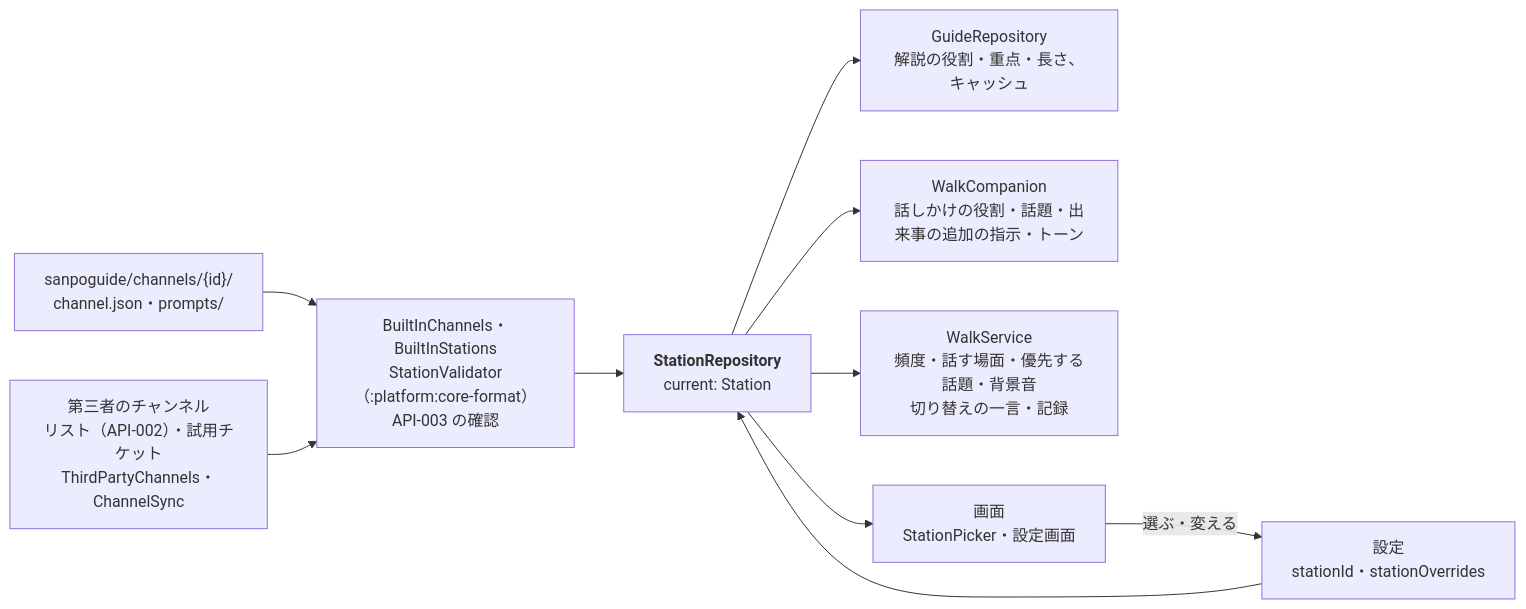
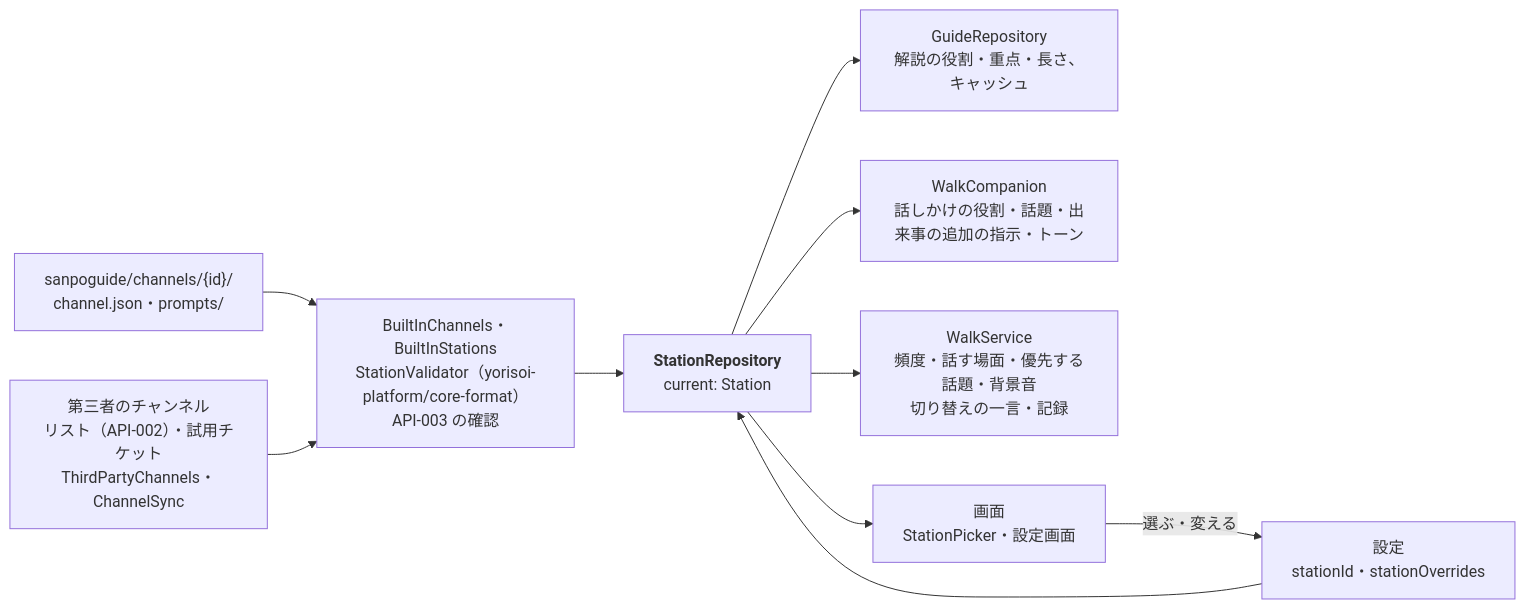
The seventh of 8 diagrams in docs/architecture.md (duwenji/yorisoi-sanpoguide), drawn with Mermaid before and after one commit. The commit also changed other lines of this file and 258 other files, not shown here.

First line of the commit message:
build: yorisoi-platform を公開の版で使い、SanpoGuide だけのリポジトリにする（RFC-004 手順 2）

````diff
--- a/docs/architecture.md
+++ b/docs/architecture.md
@@ -222,12 +222,12 @@
 ```mermaid
 flowchart LR
-  Assets["sanpoguide/channels/{id}/<br/>channel.json・prompts/"] --> Check["BuiltInChannels・BuiltInStations<br/>StationValidator（:platform:core-format）<br/>API-003 の確認"]
+  Assets["sanpoguide/channels/{id}/<br/>channel.json・prompts/"] --> Check["BuiltInChannels・BuiltInStations<br/>StationValidator（yorisoi-platform/core-format）<br/>API-003 の確認"]
   ThirdParty["第三者のチャンネル<br/>リスト（API-002）・試用チケット<br/>ThirdPartyChannels・ChannelSync"] --> Check
   Check --> Repo["<b>StationRepository</b><br/>current: Station"]
   Settings["設定<br/>stationId・stationOverrides"] --> Repo
   Repo --> Guide["GuideRepository<br/>解説の役割・重点・長さ、キャッシュ"]
   Repo --> Companion["WalkCompanion<br/>話しかけの役割・話題・出来事の追加の指示・トーン"]
   Repo --> Walk["WalkService<br/>頻度・話す場面・優先する話題・背景音<br/>切り替えの一言・記録"]
   Repo --> Screens["画面<br/>StationPicker・設定画面"]
   Screens -- "選ぶ・変える" --> Settings
 ```
````
